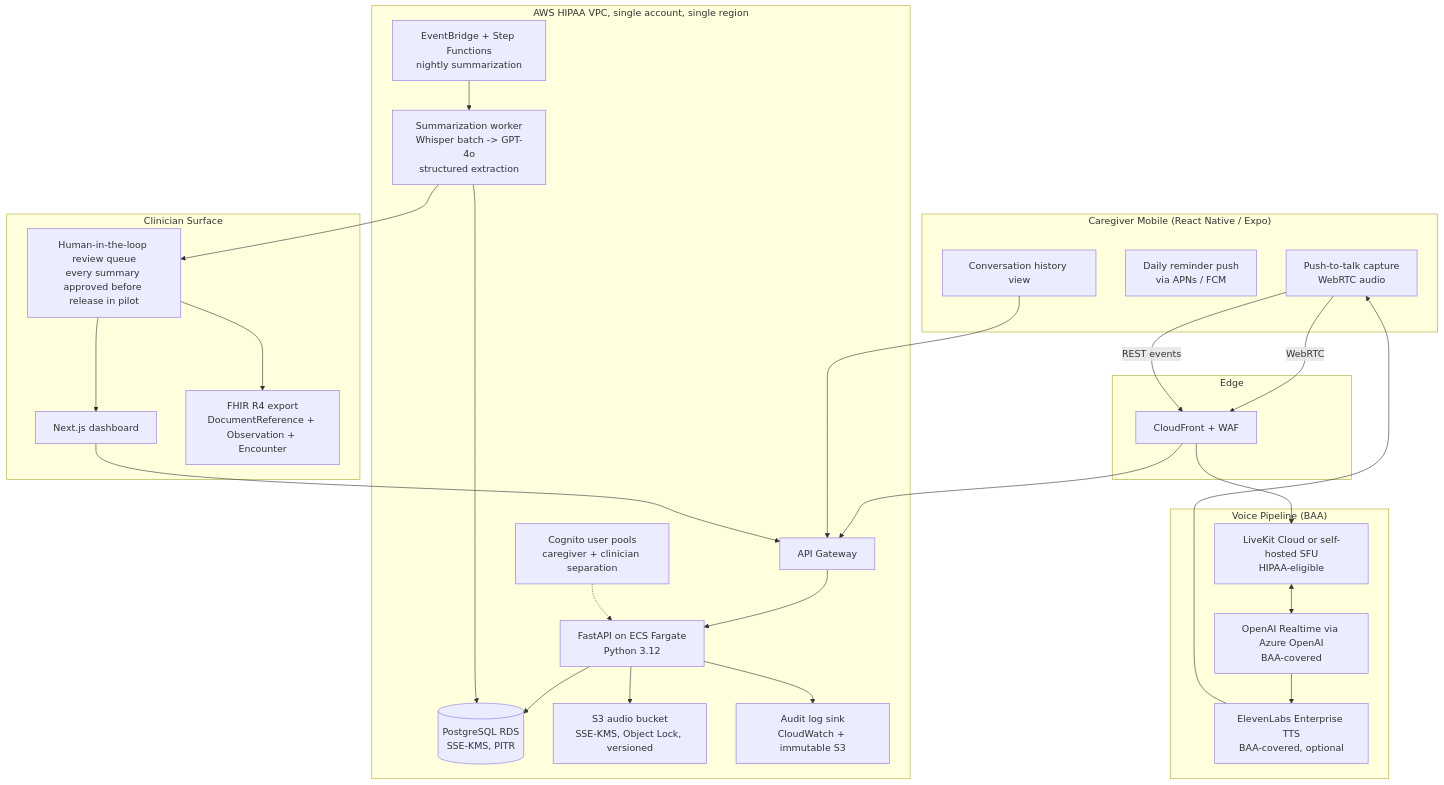
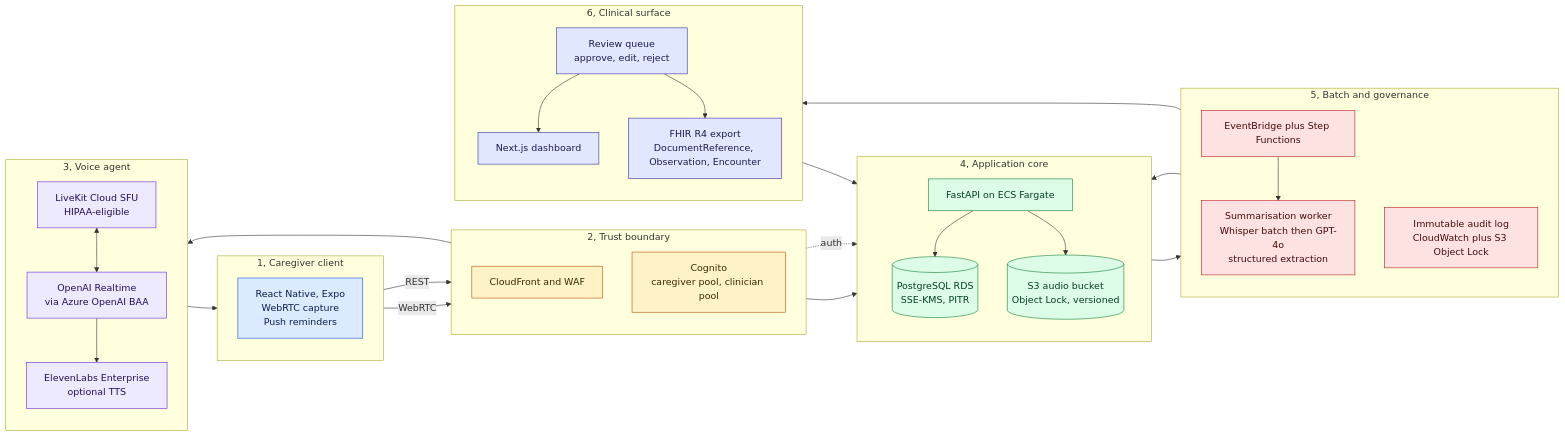
One commit to coolman-97/ASO-Audit-Agent changed the diagram in response-app-first.md. Above: the diagram before and after it, drawn with Mermaid. The commit also changed other lines of this file and 1 other file, not shown here.

First line of the commit message:
Rewrite app-first and hybrid responses in distinct authorial voices

````diff
--- a/response-app-first.md
+++ b/response-app-first.md
@@ -42,53 +38,71 @@
 ```mermaid
-graph TB
-    subgraph MOB["Caregiver Mobile (React Native / Expo)"]
-        A[Push-to-talk capture<br/>WebRTC audio]
-        A2[Daily reminder push<br/>via APNs / FCM]
-        A3[Conversation history view]
+flowchart LR
+    classDef client fill:#dbeafe,stroke:#1d4ed8,color:#0b1d4f;
+    classDef edge fill:#fef3c7,stroke:#b45309,color:#3b2503;
+    classDef agent fill:#ede9fe,stroke:#6d28d9,color:#240e54;
+    classDef data fill:#dcfce7,stroke:#15803d,color:#053e1f;
+    classDef gov fill:#fee2e2,stroke:#b91c1c,color:#450a0a;
+    classDef clin fill:#e0e7ff,stroke:#3730a3,color:#1e1b4b;
+
+    subgraph L1["1, Caregiver client"]
+        direction TB
+        APP[React Native, Expo<br/>WebRTC capture<br/>Push reminders]
     end
 
-    subgraph EDGE["Edge"]
-        B[CloudFront + WAF]
+    subgraph L2["2, Trust boundary"]
+        direction TB
+        CF[CloudFront and WAF]
+        COG[Cognito<br/>caregiver pool, clinician pool]
     end
 
-    subgraph VOICE["Voice Pipeline (BAA)"]
-        C[LiveKit Cloud or self-hosted SFU<br/>HIPAA-eligible]
-        D[OpenAI Realtime via Azure OpenAI<br/>BAA-covered]
-        E[ElevenLabs Enterprise TTS<br/>BAA-covered, optional]
+    subgraph L3["3, Voice agent"]
+        direction TB
+        LK[LiveKit Cloud SFU<br/>HIPAA-eligible]
+        OAI[OpenAI Realtime<br/>via Azure OpenAI BAA]
+        EL[ElevenLabs Enterprise<br/>optional TTS]
     end
 
-    subgraph AWS["AWS HIPAA VPC, single account, single region"]
-        F[API Gateway]
-        G[FastAPI on ECS Fargate<br/>Python 3.12]
-        H[(PostgreSQL RDS<br/>SSE-KMS, PITR)]
-        I[S3 audio bucket<br/>SSE-KMS, Object Lock, versioned]
-        J[EventBridge + Step Functions<br/>nightly summarization]
-        K[Summarization worker<br/>Whisper batch -> GPT-4o<br/>structured extraction]
-        L[Audit log sink<br/>CloudWatch + immutable S3]
-        M[Cognito user pools<br/>caregiver + clinician separation]
+    subgraph L4["4, Application core"]
+        direction TB
+        API[FastAPI on ECS Fargate]
+        PG[(PostgreSQL RDS<br/>SSE-KMS, PITR)]
+        S3[(S3 audio bucket<br/>Object Lock, versioned)]
     end
 
-    subgraph CLIN["Clinician Surface"]
-        N[Next.js dashboard]
-        O[FHIR R4 export<br/>DocumentReference + Observation + Encounter]
-        P[Human-in-the-loop review queue<br/>every summary approved before release in pilot]
+    subgraph L5["5, Batch and governance"]
+        direction TB
+        EVB[EventBridge plus Step Functions]
+        WK[Summarisation worker<br/>Whisper batch then GPT-4o<br/>structured extraction]
+        AUD[Immutable audit log<br/>CloudWatch plus S3 Object Lock]
     end
 
-    A -->|WebRTC| B --> C
-    C <--> D
-    D --> E
-    E --> A
-    A -->|REST events| B --> F
-    A3 --> F
-    F --> G
-    G --> H
-    G --> I
-    G --> L
-    M -.-> G
-    J --> K
-    K --> H
-    K --> P
-    P --> O
-    P --> N
-    N --> F
+    subgraph L6["6, Clinical surface"]
+        direction TB
+        DASH[Next.js dashboard]
+        Q[Review queue<br/>approve, edit, reject]
+        FHIR[FHIR R4 export<br/>DocumentReference, Observation, Encounter]
+    end
+
+    APP -- WebRTC --> CF --> LK
+    LK <--> OAI
+    OAI --> EL
+    EL --> APP
+    APP -- REST --> CF --> API
+    COG -. auth .-> API
+    API --> PG
+    API --> S3
+    API --> AUD
+    EVB --> WK
+    WK --> PG
+    WK --> Q
+    Q --> DASH
+    Q --> FHIR
+    DASH --> API
+
+    class APP client
+    class CF,COG edge
+    class LK,OAI,EL agent
+    class API,PG,S3 data
+    class EVB,WK,AUD gov
+    class DASH,Q,FHIR clin
 ```
````
